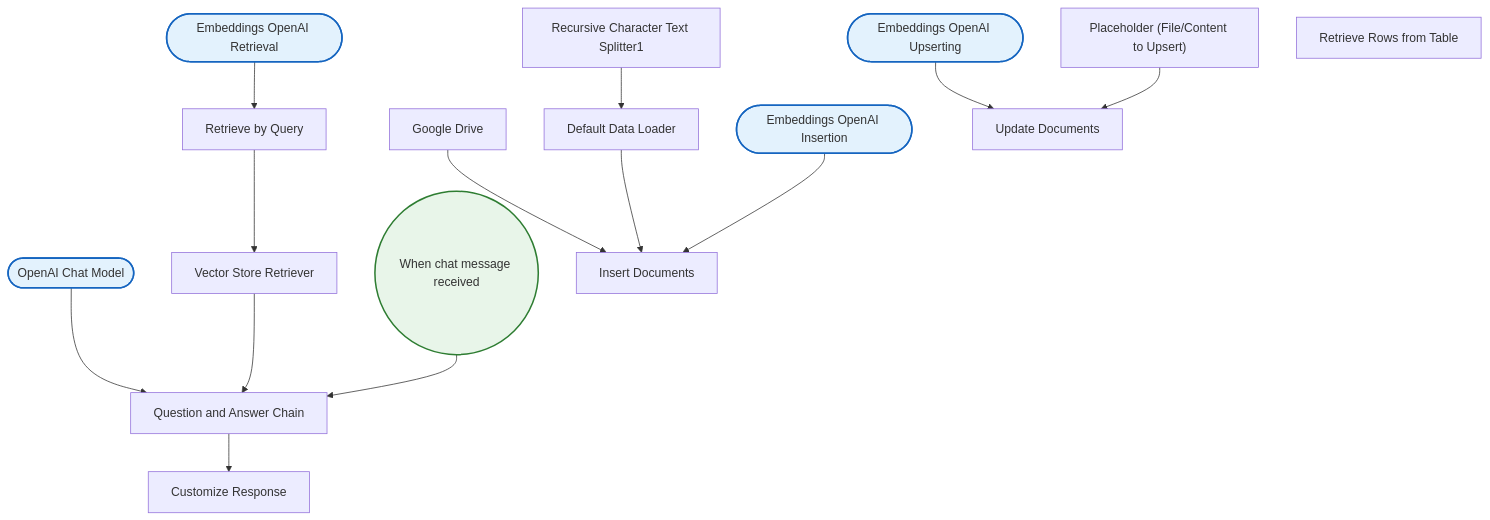
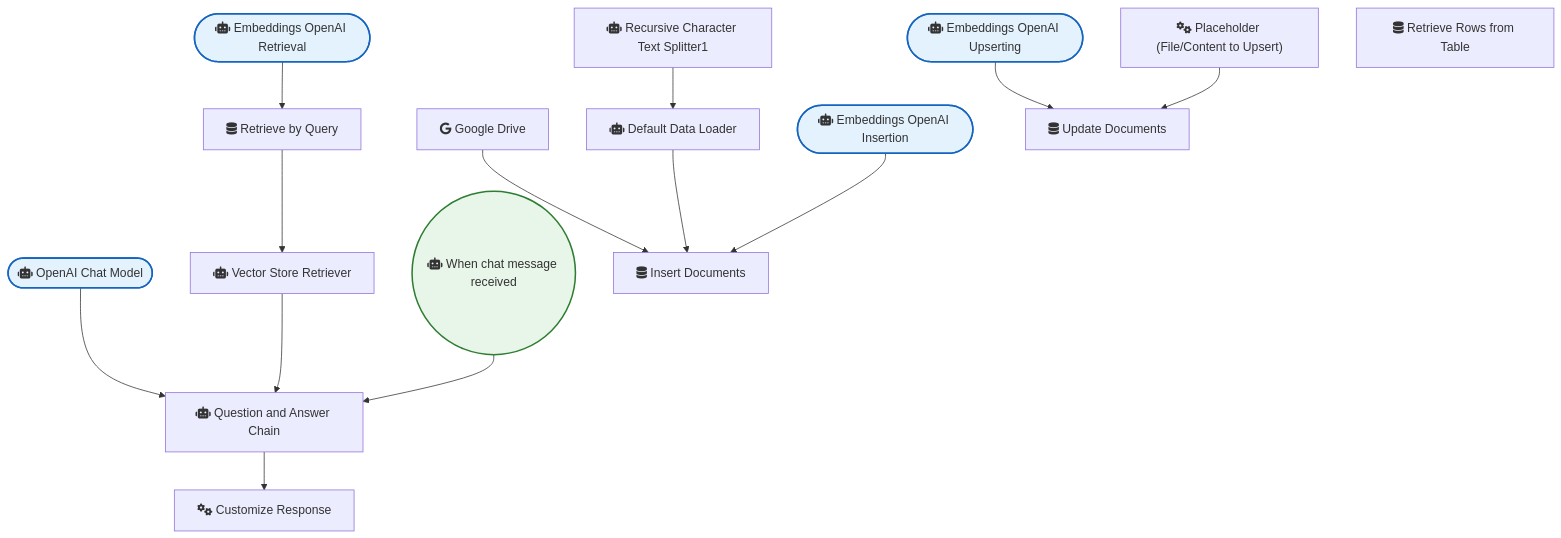
The diagram in Database_and_Storage/Supabase Insertion & Upsertion & Retrieval.md (sreyash3105/N8N-DEMO-AUTOMATIONS), drawn with Mermaid before and after one commit. The commit also changed 291 other files, not shown here.

````diff
--- a/Database_and_Storage/Supabase Insertion & Upsertion & Retrieval.md
+++ b/Database_and_Storage/Supabase Insertion & Upsertion & Retrieval.md
@@ -1,36 +1,36 @@
 ```mermaid
 graph TD
     classDef trigger fill:#e8f5e9,stroke:#2e7d32,stroke-width:2px;
     classDef ai fill:#e3f2fd,stroke:#1565c0,stroke-width:2px;
     classDef logic fill:#fff3e0,stroke:#ef6c00,stroke-width:2px;
 
-    Google_Drive["Google Drive"]
-    Default_Data_Loader["Default Data Loader"]
-    Question_and_Answer_Chain["Question and Answer Chain"]
-    OpenAI_Chat_Model(["OpenAI Chat Model"]):::ai
-    Vector_Store_Retriever["Vector Store Retriever"]
-    Recursive_Character_Text_Splitter1["Recursive Character Text Splitter1"]
-    Customize_Response["Customize Response"]
-    When_chat_message_received(("When chat message received")):::trigger
-    Retrieve_by_Query["Retrieve by Query"]
-    Embeddings_OpenAI_Retrieval(["Embeddings OpenAI Retrieval"]):::ai
-    Embeddings_OpenAI_Insertion(["Embeddings OpenAI Insertion"]):::ai
-    Placeholder__File_Content_to_Upsert_["Placeholder (File/Content to Upsert)"]
-    Embeddings_OpenAI_Upserting(["Embeddings OpenAI Upserting"]):::ai
-    Insert_Documents["Insert Documents"]
-    Retrieve_Rows_from_Table["Retrieve Rows from Table"]
-    Update_Documents["Update Documents"]
+    Google_Drive["fab:fa-google Google Drive"]
+    Default_Data_Loader["fas:fa-robot Default Data Loader"]
+    Question_and_Answer_Chain["fas:fa-robot Question and Answer Chain"]
+    OpenAI_Chat_Model(["fas:fa-robot OpenAI Chat Model"]):::ai
+    Vector_Store_Retriever["fas:fa-robot Vector Store Retriever"]
+    Recursive_Character_Text_Splitter1["fas:fa-robot Recursive Character Text Splitter1"]
+    Customize_Response["fas:fa-cogs Customize Response"]
+    When_chat_message_received(("fas:fa-robot When chat message received")):::trigger
+    Retrieve_by_Query["fas:fa-database Retrieve by Query"]
+    Embeddings_OpenAI_Retrieval(["fas:fa-robot Embeddings OpenAI Retrieval"]):::ai
+    Embeddings_OpenAI_Insertion(["fas:fa-robot Embeddings OpenAI Insertion"]):::ai
+    Placeholder__File_Content_to_Upsert_["fas:fa-cogs Placeholder (File/Content to Upsert)"]
+    Embeddings_OpenAI_Upserting(["fas:fa-robot Embeddings OpenAI Upserting"]):::ai
+    Insert_Documents["fas:fa-database Insert Documents"]
+    Retrieve_Rows_from_Table["fas:fa-database Retrieve Rows from Table"]
+    Update_Documents["fas:fa-database Update Documents"]
 
     Google_Drive --> Insert_Documents
     OpenAI_Chat_Model --> Question_and_Answer_Chain
     Retrieve_by_Query --> Vector_Store_Retriever
     Default_Data_Loader --> Insert_Documents
     Vector_Store_Retriever --> Question_and_Answer_Chain
     Question_and_Answer_Chain --> Customize_Response
     When_chat_message_received --> Question_and_Answer_Chain
     Embeddings_OpenAI_Insertion --> Insert_Documents
     Embeddings_OpenAI_Retrieval --> Retrieve_by_Query
     Embeddings_OpenAI_Upserting --> Update_Documents
     Recursive_Character_Text_Splitter1 --> Default_Data_Loader
     Placeholder__File_Content_to_Upsert_ --> Update_Documents
 ```
````
